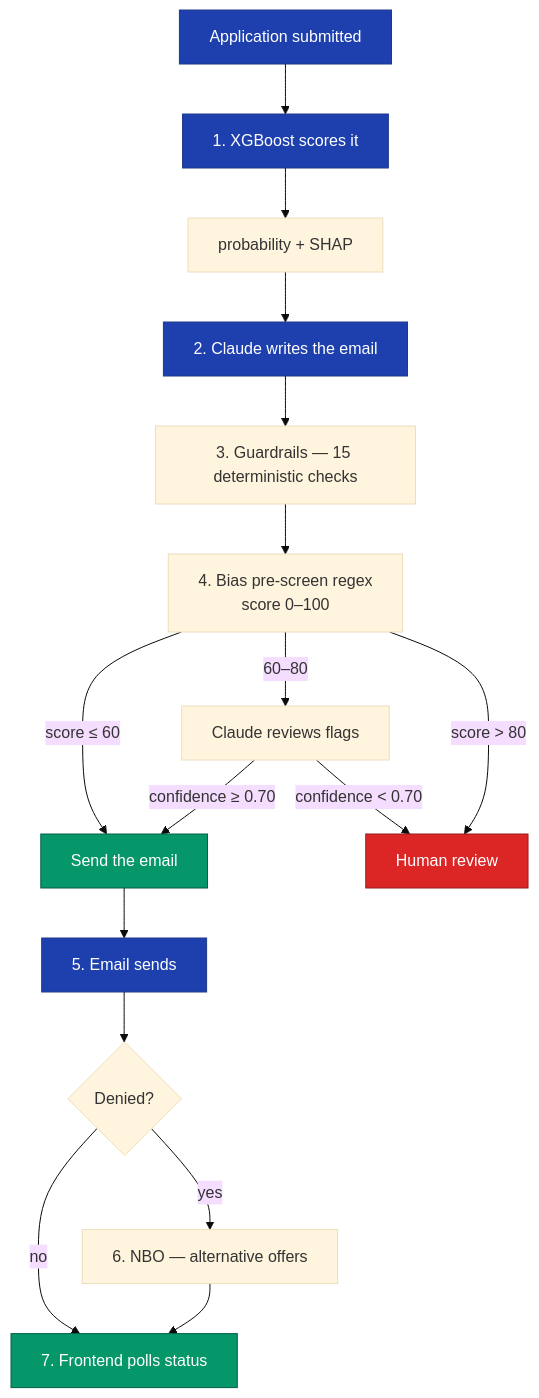
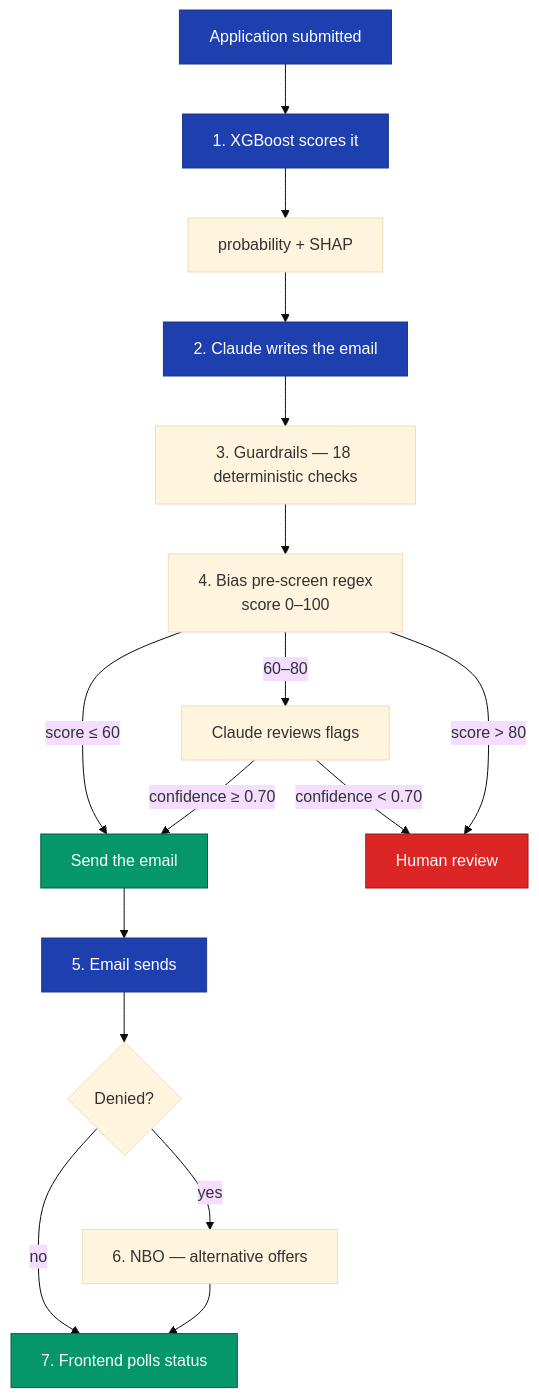
The diagram in README.md (zeroyuekun/loan-approval-ai-system), drawn with Mermaid (base theme) before and after one commit. The commit also changed other lines of this file and 9 other files, not shown here.

````diff
--- a/README.md
+++ b/README.md
@@ -31,25 +31,25 @@
 ```mermaid
 flowchart TD
     A[Application submitted] --> B[1. XGBoost scores it]
     B --> B1[probability + SHAP]
     B1 --> C[2. Claude writes the email]
-    C --> D[3. Guardrails — 15 deterministic checks]
+    C --> D[3. Guardrails — 18 deterministic checks]
     D --> E[4. Bias pre-screen regex<br/>score 0–100]
     E -- "score ≤ 60" --> F[Send the email]
     E -- "60–80" --> G[Claude reviews flags]
     G -- "confidence &lt; 0.70" --> H[Human review]
     G -- "confidence ≥ 0.70" --> F
     E -- "score &gt; 80" --> H
     F --> I[5. Email sends]
     I --> J{Denied?}
     J -- yes --> K[6. NBO — alternative offers]
     J -- no --> L[7. Frontend polls status]
     K --> L
 
     classDef primary fill:#1e40af,color:#fff,stroke:#1e3a8a
     classDef review fill:#dc2626,color:#fff,stroke:#991b1b
     classDef ok fill:#059669,color:#fff,stroke:#065f46
     class A,B,C,I primary
     class H review
     class F,L ok
 ```
````
